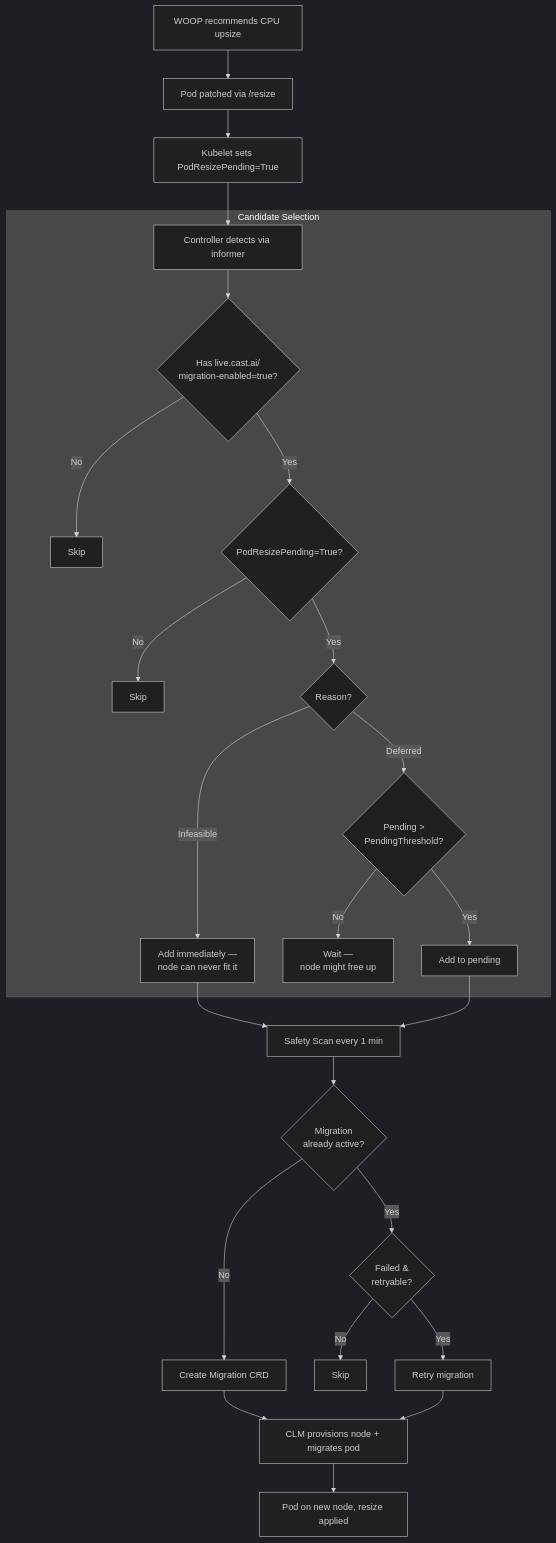
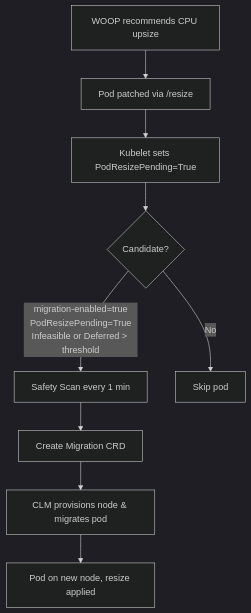
Before and after one commit to ronakforcast/castai-workload-resize-migrator: the diagram in README.md, drawn with Mermaid (dark theme).

Commit message:
Simplify diagram to single clear flow

````diff
--- a/README.md
+++ b/README.md
@@ -31,35 +31,11 @@
 ```mermaid
 flowchart TD
     WOOP[WOOP recommends CPU upsize] --> Pod[Pod patched via /resize]
     Pod --> Kubelet[Kubelet sets PodResizePending=True]
-    Kubelet --> Controller[Controller detects via informer]
-
-    subgraph CandidateSelection[Candidate Selection]
-        Controller --> Label{Has live.cast.ai/
-migration-enabled=true?}
-        Label -->|No| Skip[Skip]
-        Label -->|Yes| Condition{PodResizePending=True?}
-        Condition -->|No| Skip2[Skip]
-        Condition -->|Yes| Reason{Reason?}
-        Reason -->|Infeasible| Immediate[Add immediately —
-node can never fit it]
-        Reason -->|Deferred| Threshold{Pending >
-PendingThreshold?}
-        Threshold -->|No| Wait[Wait —
-node might free up]
-        Threshold -->|Yes| Add[Add to pending]
-    end
-
-    Immediate --> SafetyScan[Safety Scan every 1 min]
-    Add --> SafetyScan
-    SafetyScan --> Active{Migration
-already active?}
-    Active -->|Yes| RetryCheck{Failed &
-retryable?}
-    RetryCheck -->|Yes| Retry[Retry migration]
-    RetryCheck -->|No| SkipActive[Skip]
-    Active -->|No| Create[Create Migration CRD]
-    Create --> CLM[CLM provisions node + migrates pod]
-    Retry --> CLM
+    Kubelet --> Candidate{Candidate?}
+    Candidate -->|migration-enabled=true<br/>PodResizePending=True<br/>Infeasible or Deferred > threshold| SafetyScan[Safety Scan every 1 min]
+    Candidate -->|No| Skip[Skip pod]
+    SafetyScan --> Create[Create Migration CRD]
+    Create --> CLM[CLM provisions node & migrates pod]
     CLM --> Done[Pod on new node, resize applied]
 ```
````
